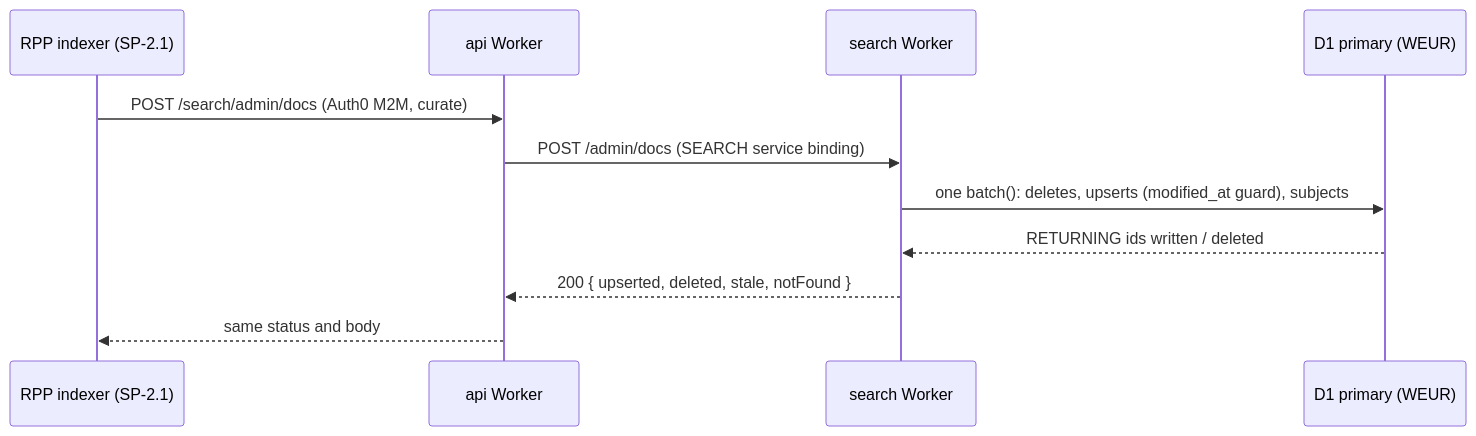
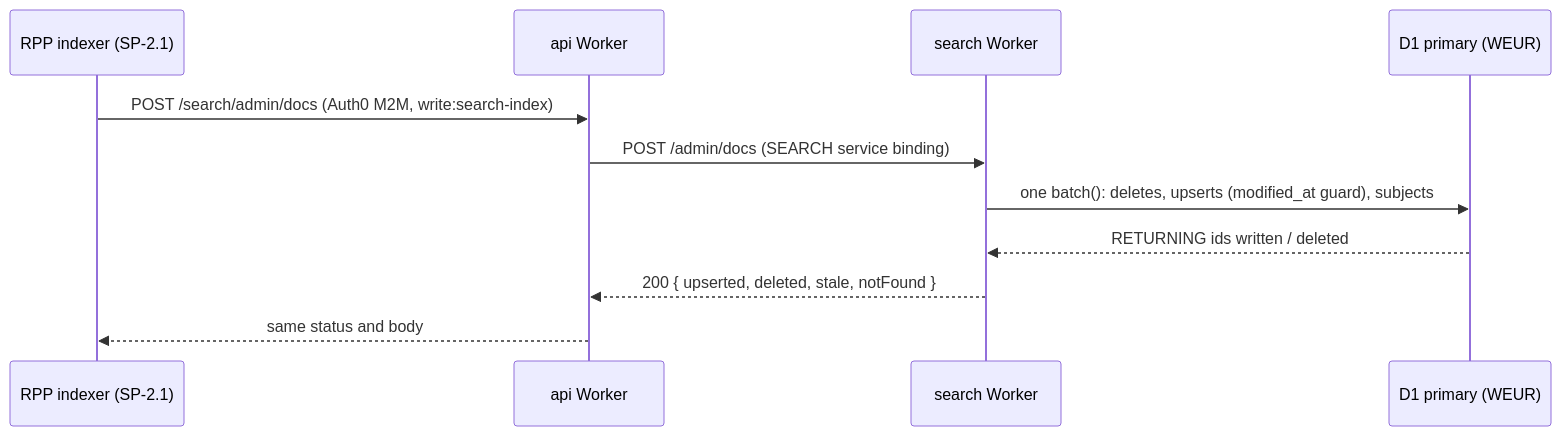
The first of 2 diagrams in workers/search/README.md (cultpodcasts/Api), drawn with Mermaid before and after one commit. The commit also changed other lines of this file and 7 other files, not shown here.

Commit message:
Authorize POST /search/admin/docs on a dedicated write:search-index permission (M2M only); document the Auth0 setup

````diff
--- a/workers/search/README.md
+++ b/workers/search/README.md
@@ -112,13 +112,13 @@
 ```mermaid
 sequenceDiagram
   participant I as RPP indexer (SP-2.1)
   participant A as api Worker
   participant S as search Worker
   participant D as D1 primary (WEUR)
-  I->>A: POST /search/admin/docs (Auth0 M2M, curate)
+  I->>A: POST /search/admin/docs (Auth0 M2M, write:search-index)
   A->>S: POST /admin/docs (SEARCH service binding)
   S->>D: one batch(): deletes, upserts (modified_at guard), subjects
   D-->>S: RETURNING ids written / deleted
   S-->>A: 200 { upserted, deleted, stale, notFound }
   A-->>I: same status and body
 ```
````
